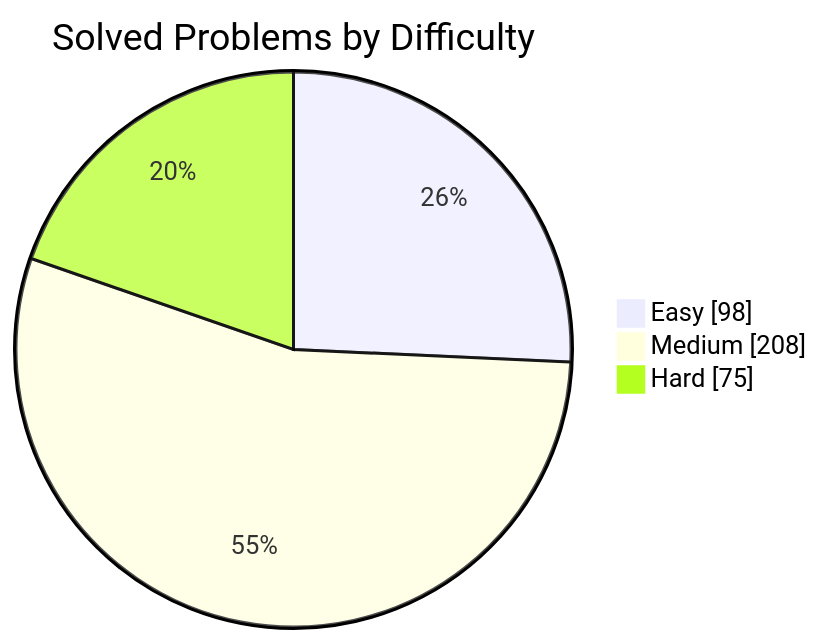
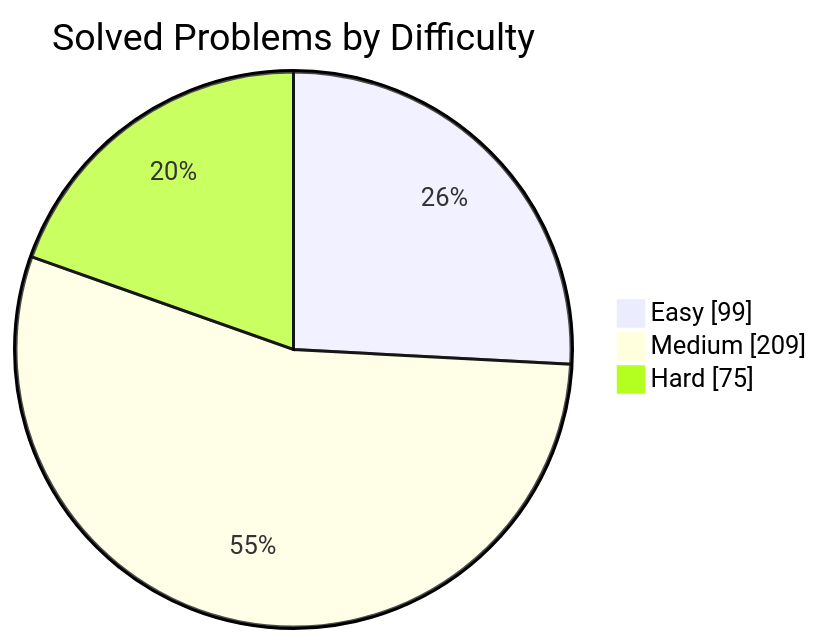
One commit to manikantbindass/DSA-Preparation-FAANG changed the first of 2 diagrams in README.md. Above: the diagram before and after it, drawn with Mermaid. The commit also changed other lines of this file and 1 other file, not shown here.

````diff
--- a/README.md
+++ b/README.md
@@ -77,7 +77,7 @@
 ```mermaid
 pie showData
     title Solved Problems by Difficulty
-    "Easy" : 98
-    "Medium" : 208
+    "Easy" : 99
+    "Medium" : 209
     "Hard" : 75
 ```
````
